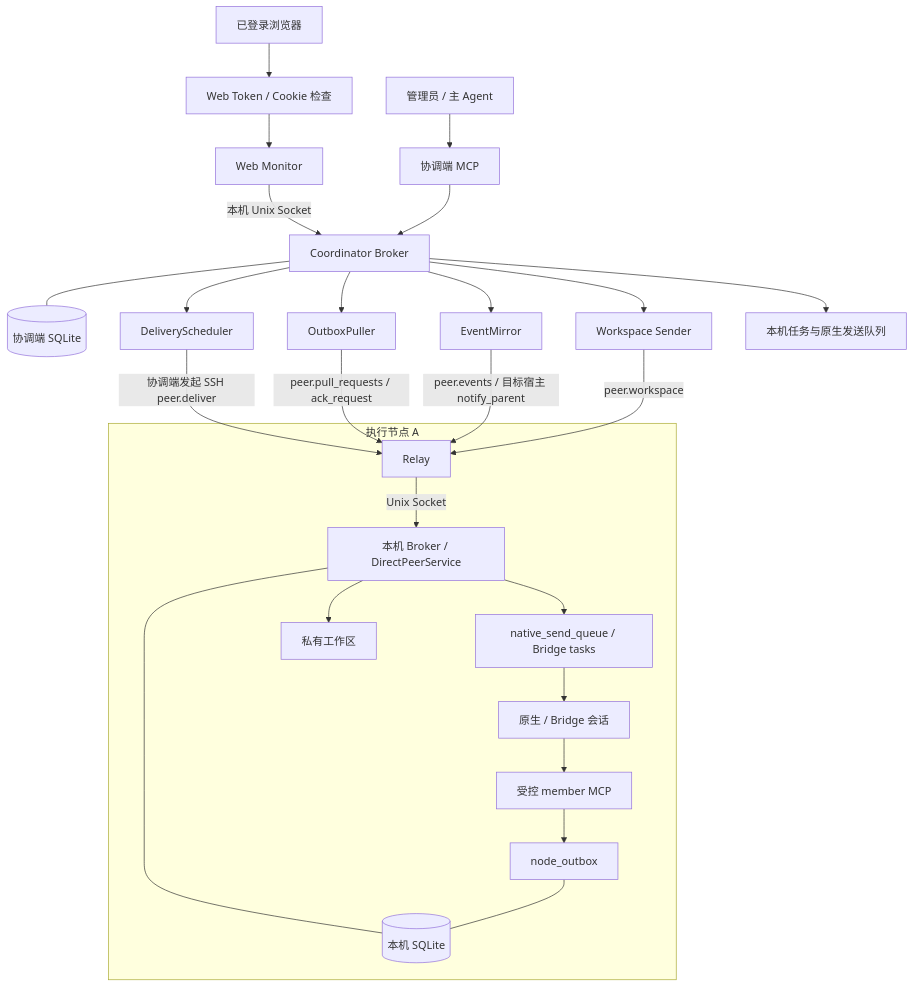
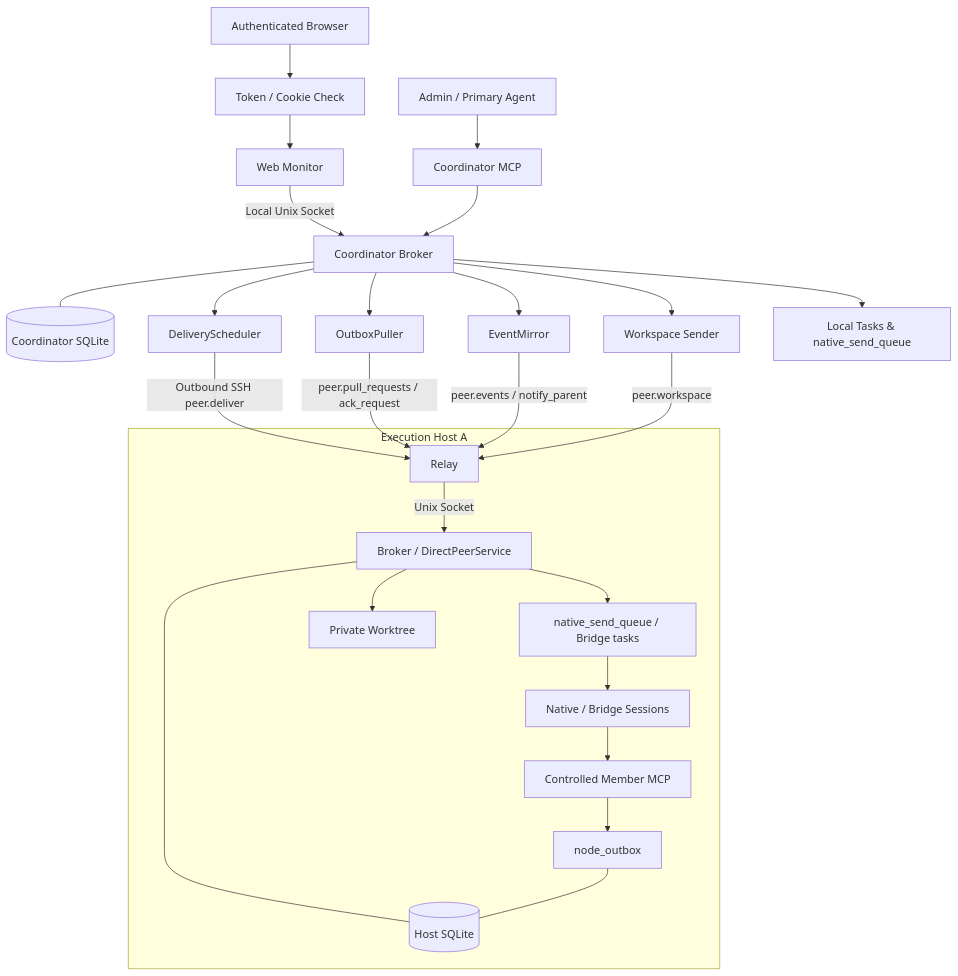
One commit to qinjian623/agent-bridge changed the diagram in docs/multi-machine-phase-c-design.md. Above: the diagram before and after it, drawn with Mermaid. The commit also changed other lines of this file and 53 other files, not shown here.

````diff
--- a/docs/multi-machine-phase-c-design.md
+++ b/docs/multi-machine-phase-c-design.md
@@ -62,28 +25,28 @@
 ```mermaid
 flowchart TB
-    U[管理员 / 主 Agent] --> MCP[协调端 MCP]
-    Browser[已登录浏览器] --> Auth[Web Token / Cookie 检查]
+    U[Admin / Primary Agent] --> MCP[Coordinator MCP]
+    Browser[Authenticated Browser] --> Auth[Token / Cookie Check]
     Auth --> Web[Web Monitor]
-    Web -->|本机 Unix Socket| B[Coordinator Broker]
+    Web -->|Local Unix Socket| B[Coordinator Broker]
     MCP --> B
-    B --- DB[(协调端 SQLite)]
+    B --- DB[(Coordinator SQLite)]
     B --> DS[DeliveryScheduler]
     B --> OP[OutboxPuller]
     B --> EM[EventMirror]
     B --> WS[Workspace Sender]
-    subgraph RemoteA[执行节点 A]
-        R[Relay] -->|Unix Socket| RB[本机 Broker / DirectPeerService]
-        RB --- RDB[(本机 SQLite)]
+    subgraph RemoteA[Execution Host A]
+        R[Relay] -->|Unix Socket| RB[Broker / DirectPeerService]
+        RB --- RDB[(Host SQLite)]
         RB --> Q[native_send_queue / Bridge tasks]
-        Q --> Agent[原生 / Bridge 会话]
-        Agent --> Member[受控 member MCP]
+        Q --> Agent[Native / Bridge Sessions]
+        Agent --> Member[Controlled Member MCP]
         Member --> NO[node_outbox]
         NO --- RDB
-        RB --> W[私有工作区]
+        RB --> W[Private Worktree]
     end
-    DS -->|协调端发起 SSH peer.deliver| R
+    DS -->|Outbound SSH peer.deliver| R
     OP -->|peer.pull_requests / ack_request| R
-    EM -->|peer.events / 目标宿主 notify_parent| R
+    EM -->|peer.events / notify_parent| R
     WS -->|peer.workspace| R
-    B --> Local[本机任务与原生发送队列]
+    B --> Local[Local Tasks & native_send_queue]
 ```
````
